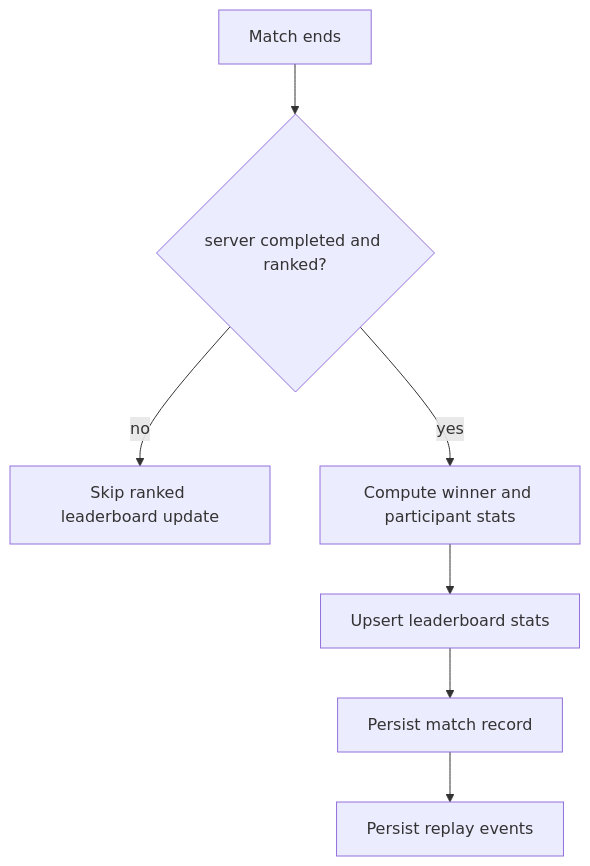
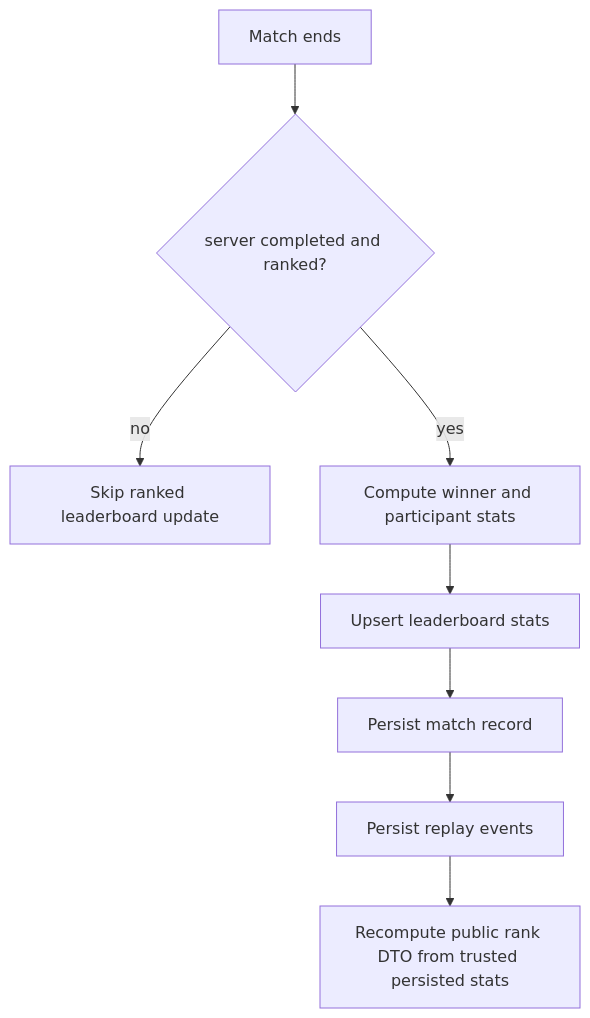
One commit to InvisionCWA/spherebreak changed the fourth of 5 diagrams in README.md. Above: the diagram before and after it, drawn with Mermaid. The commit also changed other lines of this file and 15 other files, not shown here.

````diff
--- a/README.md
+++ b/README.md
@@ -371,9 +391,10 @@
 ```mermaid
 flowchart TD
     A[Match ends] --> B{server completed and ranked?}
     B -- no --> C[Skip ranked leaderboard update]
     B -- yes --> D[Compute winner and participant stats]
     D --> E[Upsert leaderboard stats]
     E --> F[Persist match record]
     F --> G[Persist replay events]
+    G --> H[Recompute public rank DTO from trusted persisted stats]
 ```
````
